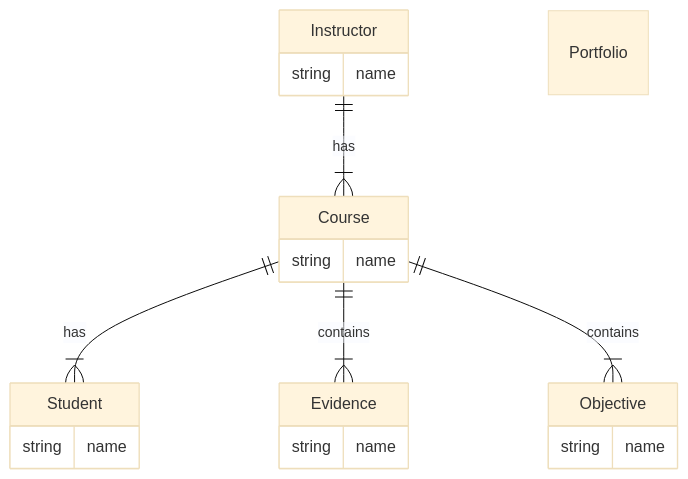
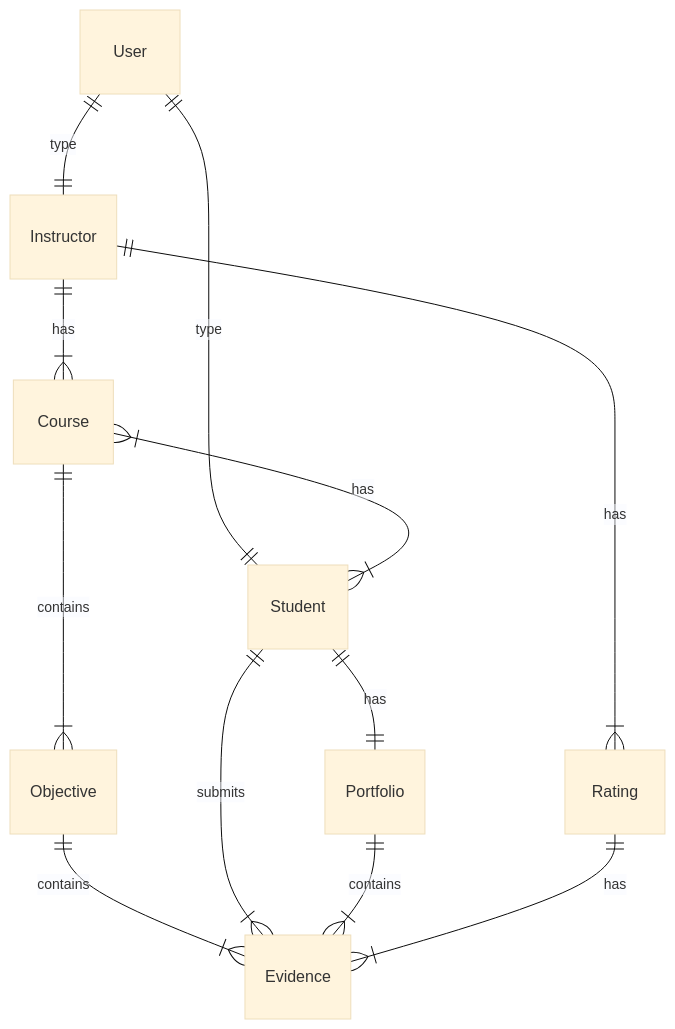
One commit to gurunate/learning-portrait changed the first of 2 diagrams in docs/domain-model.md. Above: the diagram before and after it, drawn with Mermaid (base theme). The commit also changed other lines of this file and 3 other files, not shown here.

````diff
--- a/docs/domain-model.md
+++ b/docs/domain-model.md
@@ -11,32 +15,14 @@
 ```mermaid
 erDiagram
-    Course
+    User ||--|| Instructor: type
+    User ||--|| Student: type
     Instructor ||--|{ Course: has
-    Course  ||--|{ Student: has
-    Course ||--|{ Evidence: contains
+    Course  }|--|{ Student: has
+    Objective ||--|{ Evidence: contains
     Course ||--|{ Objective : contains
-
-    Instructor {
-        string name
-    }
-
-    Course {
-        string name
-    }
-
-    Student {
-        string name
-    }
-
-    Evidence {
-        string name
-    }
-
-    Objective {
-        string name
-    }
-    
-    Portfolio {
-
-    }
+    Student ||--|| Portfolio: has
+    Student ||--|{ Evidence: submits
+    Portfolio ||--|{ Evidence : contains
+    Instructor ||--|{ Rating: has
+    Rating ||--|{ Evidence: has
 ```
````
